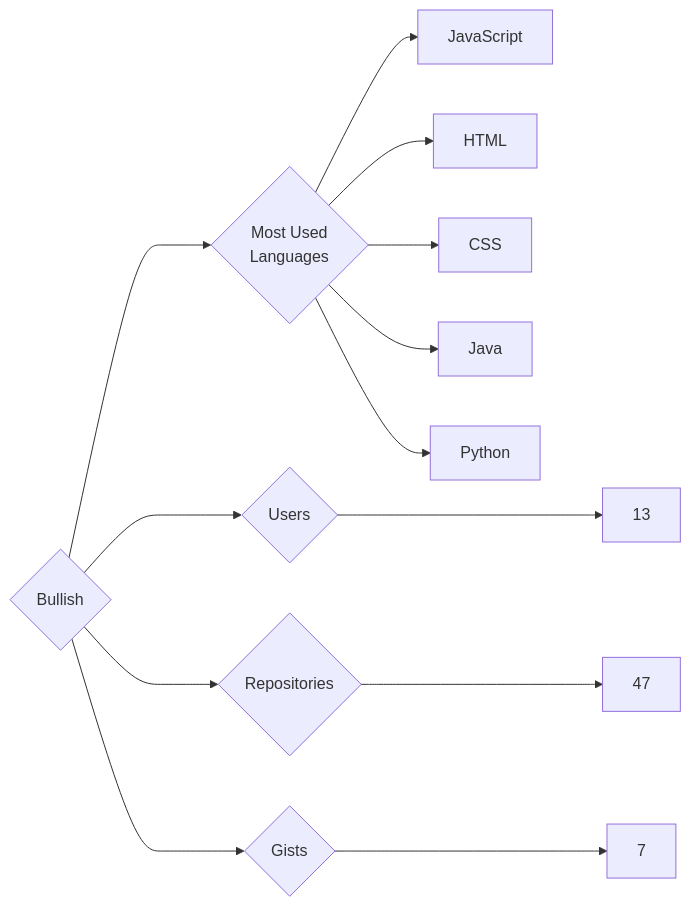
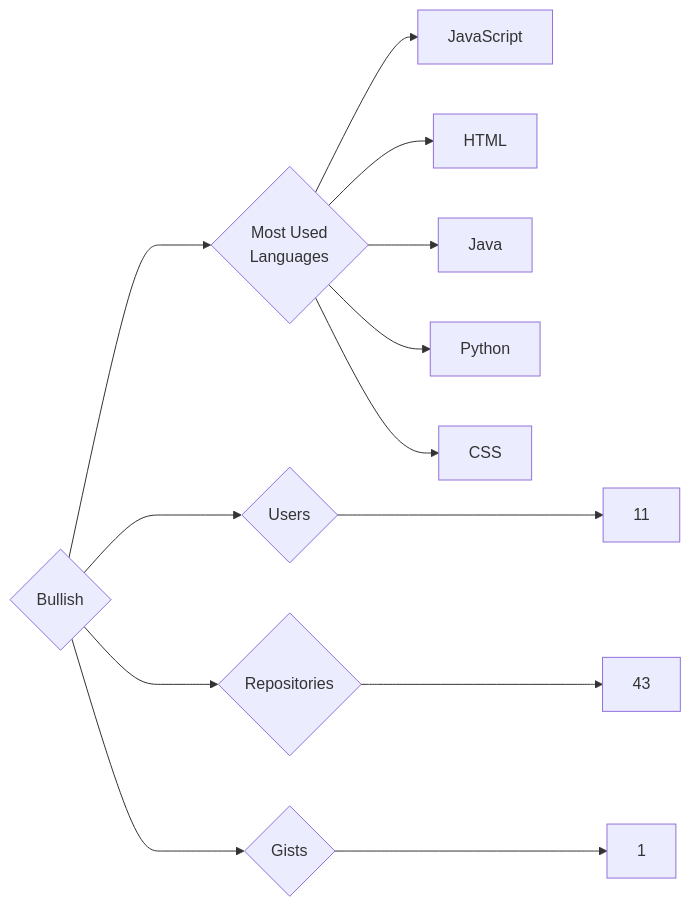
One commit to trickest/insiders changed the diagram in targets/Bullish/README.md. Above: the diagram before and after it, drawn with Mermaid. The commit also changed 873 other files, not shown here.

````diff
--- a/targets/Bullish/README.md
+++ b/targets/Bullish/README.md
@@ -3,13 +3,13 @@
 ```mermaid
 graph LR
 COMPANY_NAME{Bullish}
-COMPANY_NAME ---> U{Users} ---> UN[13]
-COMPANY_NAME ---> R{Repositories} ---> RN[47]
-COMPANY_NAME ---> G{Gists} ---> GN[7]
+COMPANY_NAME ---> U{Users} ---> UN[11]
+COMPANY_NAME ---> R{Repositories} ---> RN[43]
+COMPANY_NAME ---> G{Gists} ---> GN[1]
 COMPANY_NAME ---> ML{Most Used<br>Languages}
 ML --> JavaScript[JavaScript]
 ML --> HTML[HTML]
-ML --> CSS[CSS]
 ML --> Java[Java]
 ML --> Python[Python]
+ML --> CSS[CSS]
 ```
````
